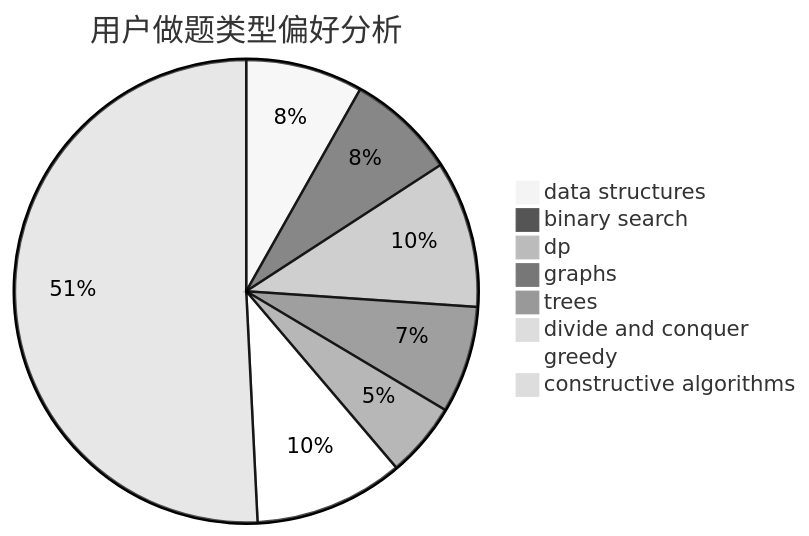
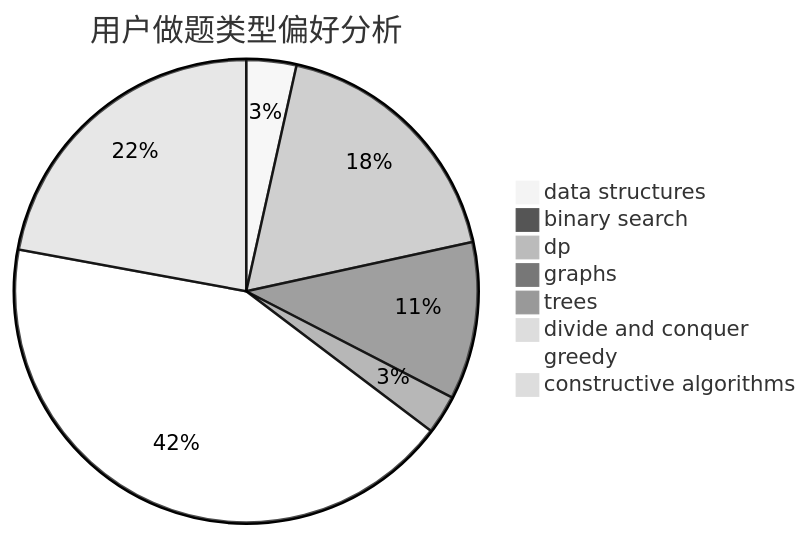
Before and after one commit to sherpahu/cfrs.github.io: the second of 3 diagrams in docs/user/u1231.md, drawn with Mermaid (neutral theme). The commit also changed other lines of this file and 2770 other files, not shown here.

````diff
--- a/docs/user/u1231.md
+++ b/docs/user/u1231.md
@@ -23,11 +23,11 @@
 ```mermaid
 pie title 用户做题类型偏好分析
-    "data structures" :  47
-    "binary search" :  44
-    "dp" :  59
-    "graphs" :  43
-    "trees" :  30
+    "data structures" :  59
+    "binary search" :  11
+    "dp" :  306
+    "graphs" :  186
+    "trees" :  46
     "divide and conquer" :  0
-    "greedy" :  60
-    "constructive algorithms" :  292
+    "greedy" :  720
+    "constructive algorithms" :  374
 ```
````
